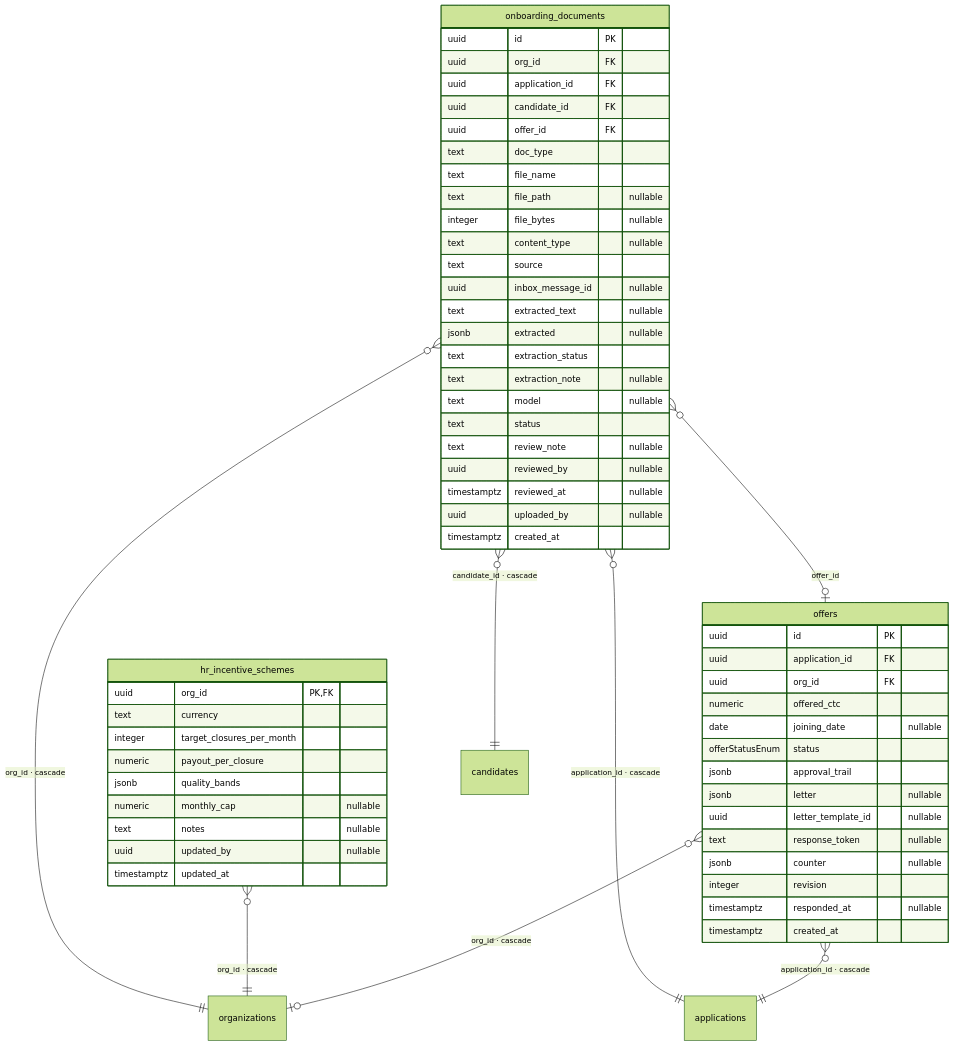
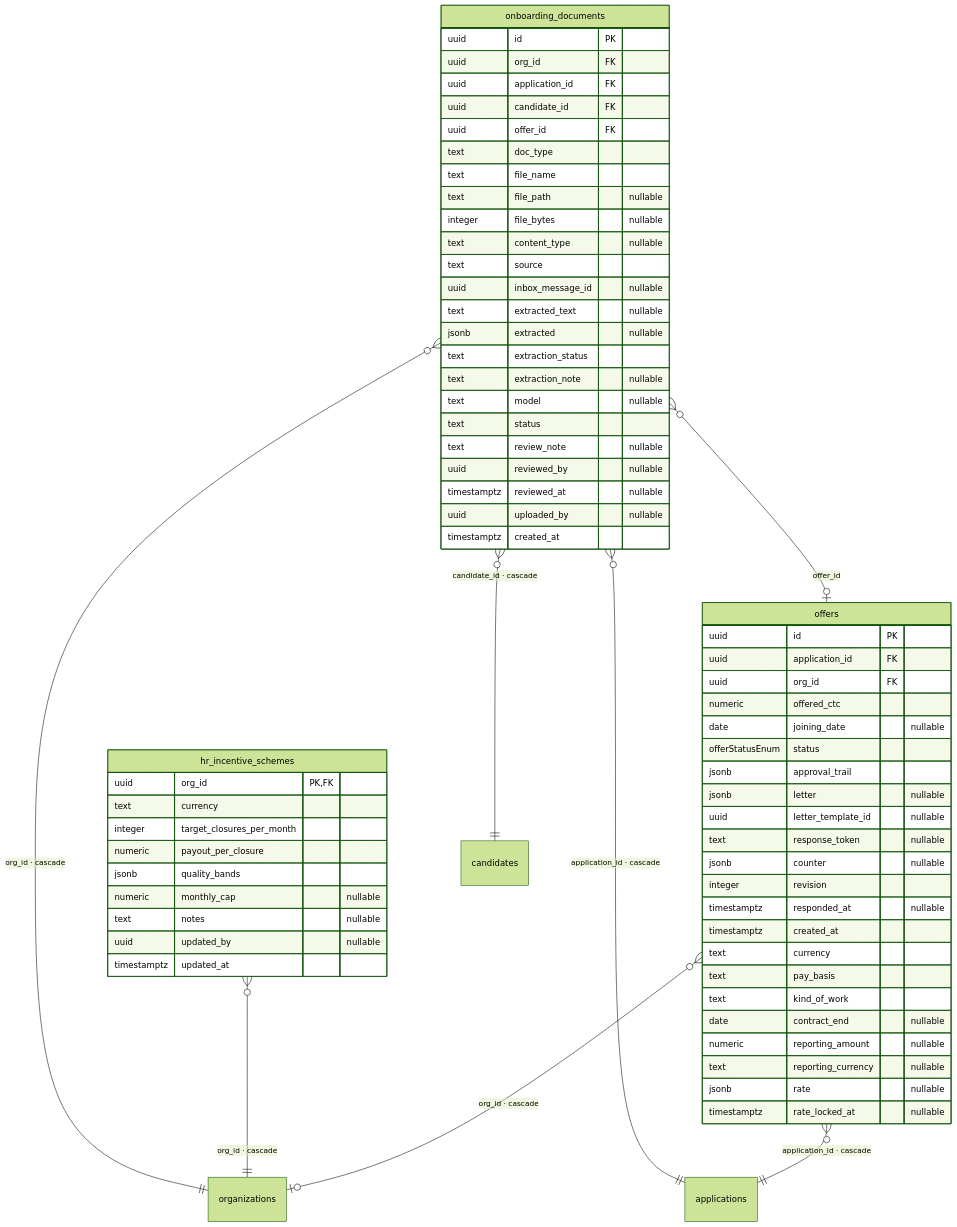
The sixth of 9 diagrams in docs/er-diagram.md (madhugraj/ATSAgent), drawn with Mermaid (forest theme) before and after one commit. The commit also changed other lines of this file and 30 other files, not shown here.

````diff
--- a/docs/er-diagram.md
+++ b/docs/er-diagram.md
@@ -827,63 +827,71 @@
 ```mermaid
 erDiagram
   offers {
     uuid id PK
     uuid application_id FK
     uuid org_id FK
     numeric offered_ctc
     date joining_date "nullable"
     offerStatusEnum status
     jsonb approval_trail
     jsonb letter "nullable"
     uuid letter_template_id "nullable"
     text response_token "nullable"
     jsonb counter "nullable"
     integer revision
     timestamptz responded_at "nullable"
     timestamptz created_at
+    text currency
+    text pay_basis
+    text kind_of_work
+    date contract_end "nullable"
+    numeric reporting_amount "nullable"
+    text reporting_currency "nullable"
+    jsonb rate "nullable"
+    timestamptz rate_locked_at "nullable"
   }
   hr_incentive_schemes {
     uuid org_id PK,FK
     text currency
     integer target_closures_per_month
     numeric payout_per_closure
     jsonb quality_bands
     numeric monthly_cap "nullable"
     text notes "nullable"
     uuid updated_by "nullable"
     timestamptz updated_at
   }
   onboarding_documents {
     uuid id PK
     uuid org_id FK
     uuid application_id FK
     uuid candidate_id FK
     uuid offer_id FK
     text doc_type
     text file_name
     text file_path "nullable"
     integer file_bytes "nullable"
     text content_type "nullable"
     text source
     uuid inbox_message_id "nullable"
     text extracted_text "nullable"
     jsonb extracted "nullable"
     text extraction_status
     text extraction_note "nullable"
     text model "nullable"
     text status
     text review_note "nullable"
     uuid reviewed_by "nullable"
     timestamptz reviewed_at "nullable"
     uuid uploaded_by "nullable"
     timestamptz created_at
   }
 
   offers }o--|| applications : "application_id · cascade"
   offers }o--o| organizations : "org_id · cascade"
   hr_incentive_schemes }o--|| organizations : "org_id · cascade"
   onboarding_documents }o--|| organizations : "org_id · cascade"
   onboarding_documents }o--|| applications : "application_id · cascade"
   onboarding_documents }o--|| candidates : "candidate_id · cascade"
   onboarding_documents }o--o| offers : "offer_id"
 ```
````
